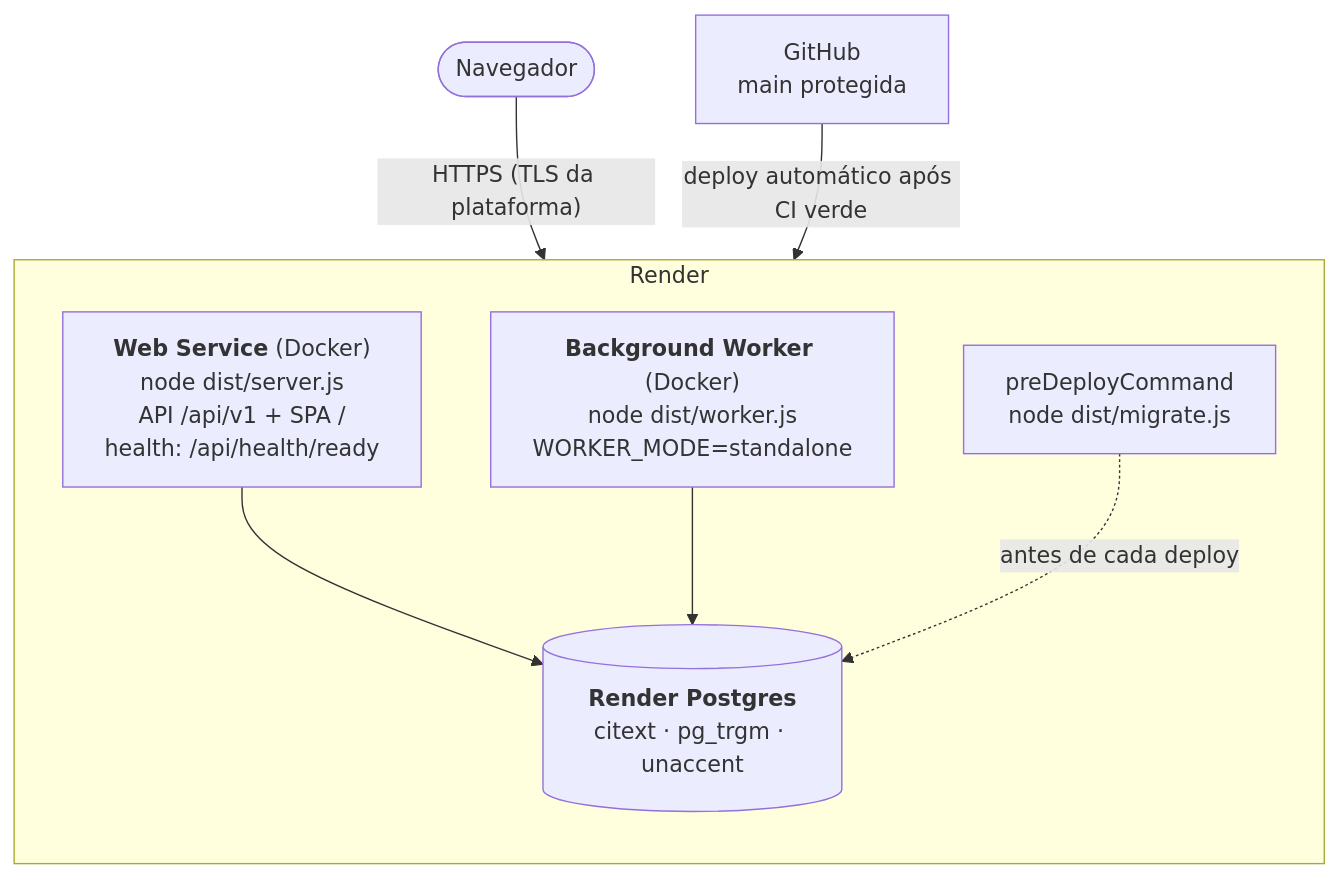
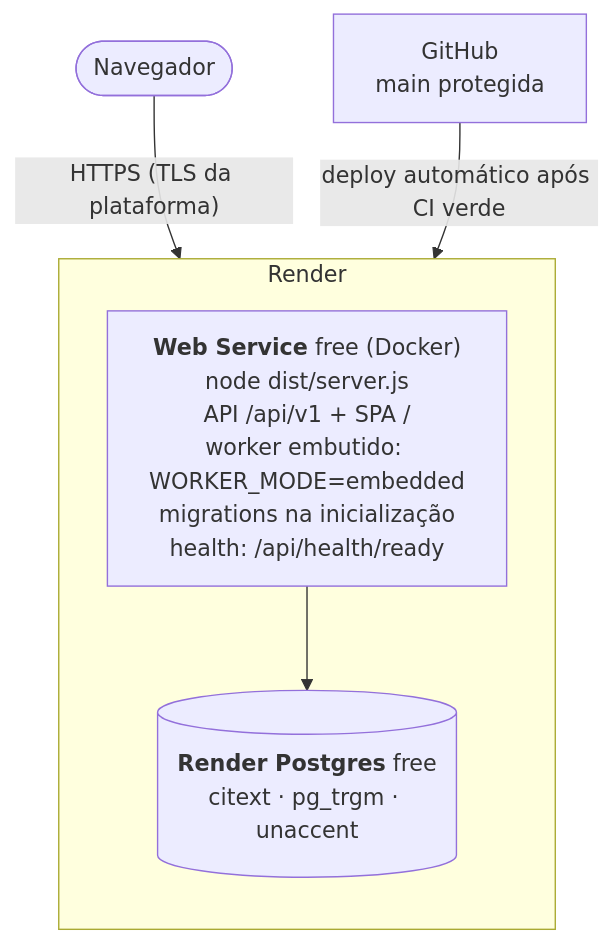
One commit to JulianePires/unimed-contact-manager changed the fifth of 5 diagrams in docs/03-arquitetura.md. Above: the diagram before and after it, drawn with Mermaid. The commit also changed other lines of this file and 5 other files, not shown here.

First line of the commit message:
ci: render na variante free (#25)

````diff
--- a/docs/03-arquitetura.md
+++ b/docs/03-arquitetura.md
@@ -202,18 +204,14 @@
 ```mermaid
 flowchart TB
   browser(["Navegador"])
   subgraph render["Render"]
     direction TB
-    web["<b>Web Service</b> (Docker)<br/>node dist/server.js<br/>API /api/v1 + SPA /<br/>health: /api/health/ready"]
-    wk["<b>Background Worker</b> (Docker)<br/>node dist/worker.js<br/>WORKER_MODE=standalone"]
-    pg[("<b>Render Postgres</b><br/>citext · pg_trgm · unaccent")]
-    pre["preDeployCommand<br/>node dist/migrate.js"]
+    web["<b>Web Service</b> free (Docker)<br/>node dist/server.js<br/>API /api/v1 + SPA /<br/>worker embutido: WORKER_MODE=embedded<br/>migrations na inicialização<br/>health: /api/health/ready"]
+    pg[("<b>Render Postgres</b> free<br/>citext · pg_trgm · unaccent")]
   end
   gh["GitHub<br/>main protegida"]
 
   browser -- "HTTPS (TLS da plataforma)" --> web
   web --> pg
-  wk --> pg
-  pre -. "antes de cada deploy" .-> pg
   gh -- "deploy automático após CI verde" --> render
 ```
````
